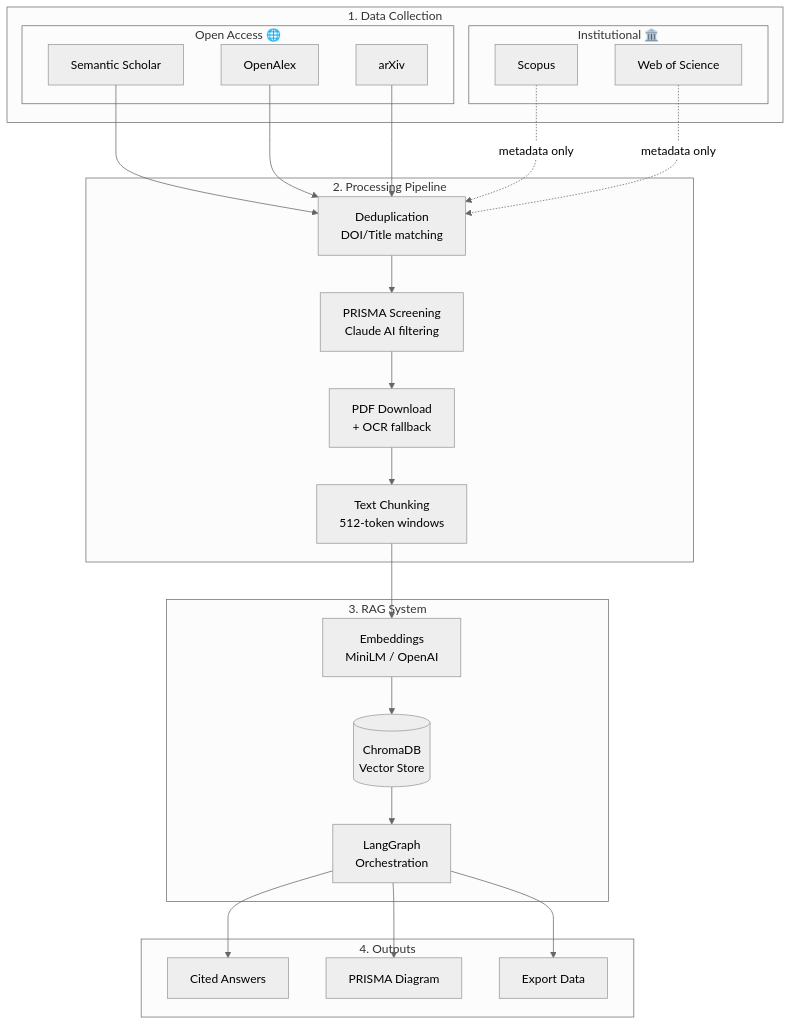
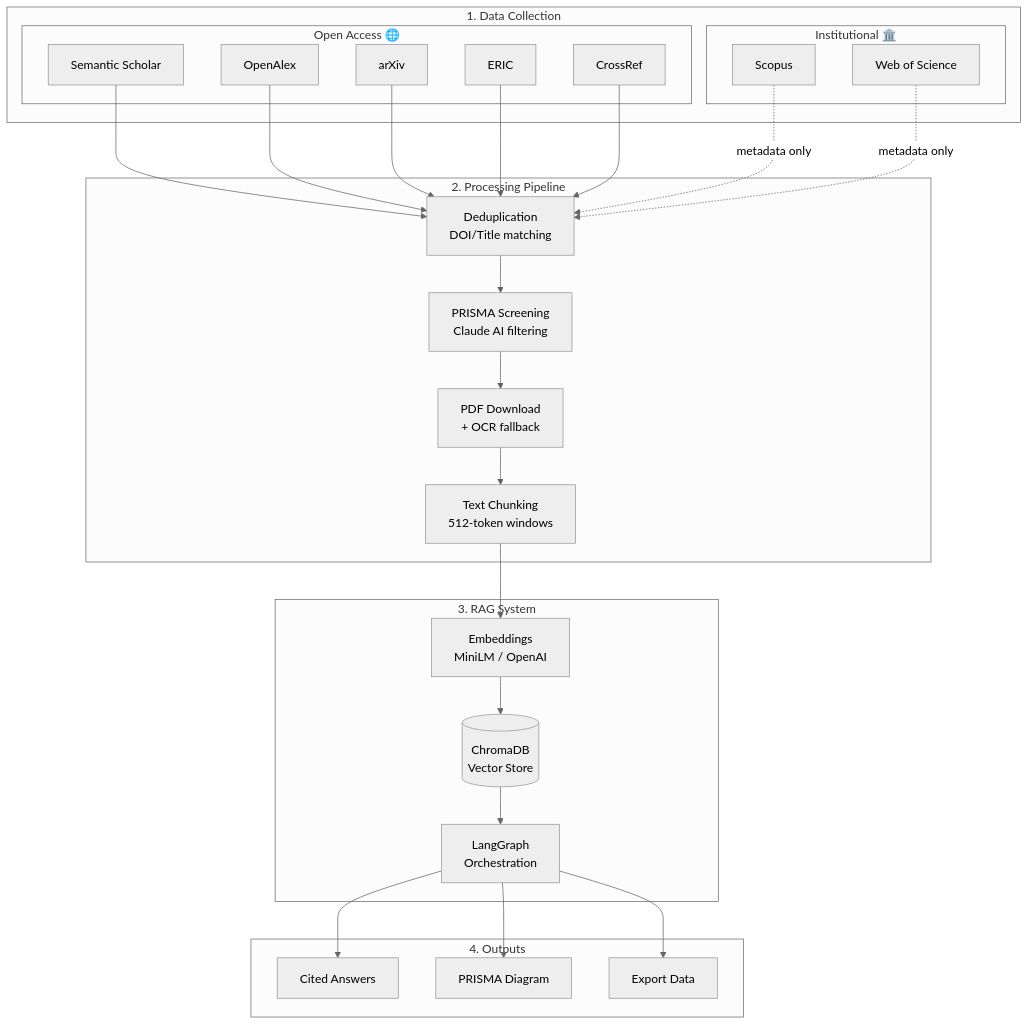
The diagram in README.md (HosungYou/ScholaRAG), drawn with Mermaid (neutral theme) before and after one commit. The commit also changed other lines of this file and 1 other file, not shown here.

First line of the commit message:
v1.3.0: Add ERIC and CrossRef database support

````diff
--- a/README.md
+++ b/README.md
@@ -72,38 +72,40 @@
 ```mermaid
 flowchart TB
     subgraph Data["1. Data Collection"]
         subgraph OpenAccess["Open Access 🌐"]
             A1[Semantic Scholar]
             A2[OpenAlex]
             A3[arXiv]
+            A4[ERIC]
+            A5[CrossRef]
         end
         subgraph Institutional["Institutional 🏛️"]
-            A4[Scopus]
-            A5[Web of Science]
+            A6[Scopus]
+            A7[Web of Science]
         end
     end
 
     subgraph Process["2. Processing Pipeline"]
         B[Deduplication<br/>DOI/Title matching]
         C[PRISMA Screening<br/>Claude AI filtering]
         D[PDF Download<br/>+ OCR fallback]
         E[Text Chunking<br/>512-token windows]
     end
 
     subgraph RAG["3. RAG System"]
         F[Embeddings<br/>MiniLM / OpenAI]
         G[(ChromaDB<br/>Vector Store)]
         H[LangGraph<br/>Orchestration]
     end
 
     subgraph Output["4. Outputs"]
         I[Cited Answers]
         J[PRISMA Diagram]
         K[Export Data]
     end
 
-    A1 & A2 & A3 --> B
-    A4 & A5 -.->|metadata only| B
+    A1 & A2 & A3 & A4 & A5 --> B
+    A6 & A7 -.->|metadata only| B
     B --> C --> D --> E --> F --> G --> H
     H --> I & J & K
 ```
````
